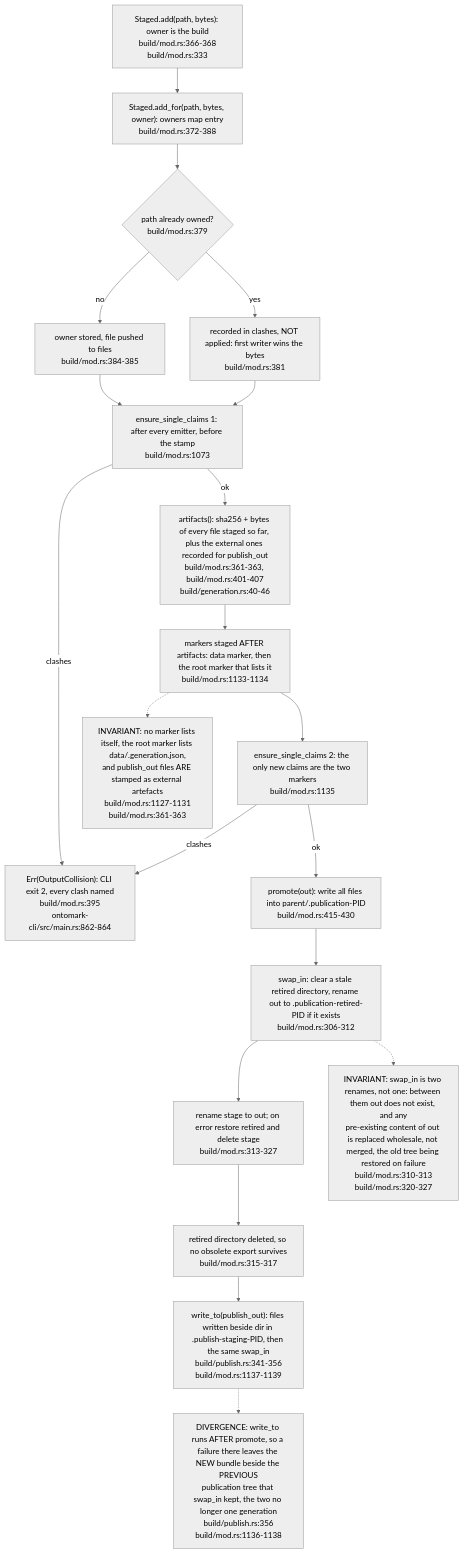
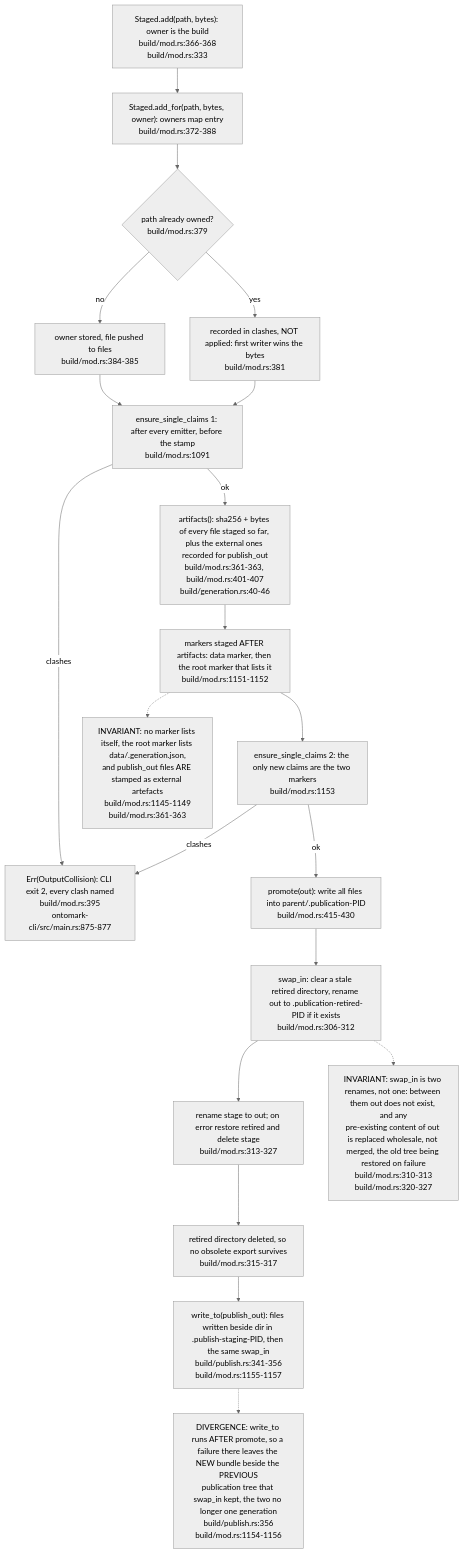
One commit to DreamLab-AI/VisionFlow changed the fifth of 8 diagrams in docs/diagrams/ontomark/03-build-run-gates-staging-and-generation.md. Above: the diagram before and after it, drawn with Mermaid (neutral theme). The commit also changed other lines of this file and 70 other files, not shown here.

First line of the commit message:
docs(diagrams): re-verify 69 topics at current default-branch heads

````diff
--- a/docs/diagrams/ontomark/03-build-run-gates-staging-and-generation.md
+++ b/docs/diagrams/ontomark/03-build-run-gates-staging-and-generation.md
@@ -190,34 +192,34 @@
 ```mermaid
 flowchart TD
     ADD["Staged.add(path, bytes): owner is the build<br/>build/mod.rs:366-368<br/>build/mod.rs:333"]
     ADDFOR["Staged.add_for(path, bytes, owner): owners map entry<br/>build/mod.rs:372-388"]
     OCC{"path already owned?<br/>build/mod.rs:379"}
     CLASH["recorded in clashes, NOT applied: first writer wins the bytes<br/>build/mod.rs:381"]
     SLOT["owner stored, file pushed to files<br/>build/mod.rs:384-385"]
-    CHK1["ensure_single_claims 1: after every emitter, before the stamp<br/>build/mod.rs:1073"]
+    CHK1["ensure_single_claims 1: after every emitter, before the stamp<br/>build/mod.rs:1091"]
     ART["artifacts(): sha256 + bytes of every file staged so far, plus the external ones recorded for publish_out<br/>build/mod.rs:361-363, build/mod.rs:401-407<br/>build/generation.rs:40-46"]
-    MARK["markers staged AFTER artifacts: data marker, then the root marker that lists it<br/>build/mod.rs:1133-1134"]
-    CHK2["ensure_single_claims 2: the only new claims are the two markers<br/>build/mod.rs:1135"]
-    ERRC["Err(OutputCollision): CLI exit 2, every clash named<br/>build/mod.rs:395<br/>ontomark-cli/src/main.rs:862-864"]
+    MARK["markers staged AFTER artifacts: data marker, then the root marker that lists it<br/>build/mod.rs:1151-1152"]
+    CHK2["ensure_single_claims 2: the only new claims are the two markers<br/>build/mod.rs:1153"]
+    ERRC["Err(OutputCollision): CLI exit 2, every clash named<br/>build/mod.rs:395<br/>ontomark-cli/src/main.rs:875-877"]
     PRO["promote(out): write all files into parent/.publication-PID<br/>build/mod.rs:415-430"]
     RET["swap_in: clear a stale retired directory, rename out to .publication-retired-PID if it exists<br/>build/mod.rs:306-312"]
     SWAP["rename stage to out; on error restore retired and delete stage<br/>build/mod.rs:313-327"]
     DEL["retired directory deleted, so no obsolete export survives<br/>build/mod.rs:315-317"]
-    WT["write_to(publish_out): files written beside dir in .publish-staging-PID, then the same swap_in<br/>build/publish.rs:341-356<br/>build/mod.rs:1137-1139"]
+    WT["write_to(publish_out): files written beside dir in .publish-staging-PID, then the same swap_in<br/>build/publish.rs:341-356<br/>build/mod.rs:1155-1157"]
     N1["INVARIANT: swap_in is two renames, not one: between them out does not exist, and any<br/>pre-existing content of out is replaced wholesale, not merged, the old tree being restored on failure<br/>build/mod.rs:310-313<br/>build/mod.rs:320-327"]
-    N2["DIVERGENCE: write_to runs AFTER promote, so a failure there leaves the NEW bundle beside the PREVIOUS<br/>publication tree that swap_in kept, the two no longer one generation<br/>build/publish.rs:356<br/>build/mod.rs:1136-1138"]
-    N3["INVARIANT: no marker lists itself, the root marker lists data/.generation.json,<br/>and publish_out files ARE stamped as external artefacts<br/>build/mod.rs:1127-1131<br/>build/mod.rs:361-363"]
+    N2["DIVERGENCE: write_to runs AFTER promote, so a failure there leaves the NEW bundle beside the PREVIOUS<br/>publication tree that swap_in kept, the two no longer one generation<br/>build/publish.rs:356<br/>build/mod.rs:1154-1156"]
+    N3["INVARIANT: no marker lists itself, the root marker lists data/.generation.json,<br/>and publish_out files ARE stamped as external artefacts<br/>build/mod.rs:1145-1149<br/>build/mod.rs:361-363"]
     ADD --> ADDFOR --> OCC
     OCC -- yes --> CLASH
     OCC -- no --> SLOT
     SLOT --> CHK1
     CLASH --> CHK1
     CHK1 -- clashes --> ERRC
     CHK1 -- ok --> ART --> MARK --> CHK2
     CHK2 -- clashes --> ERRC
     CHK2 -- ok --> PRO --> RET --> SWAP --> DEL
     DEL --> WT
     RET -.-> N1
     WT -.-> N2
     MARK -.-> N3
 ```
````
